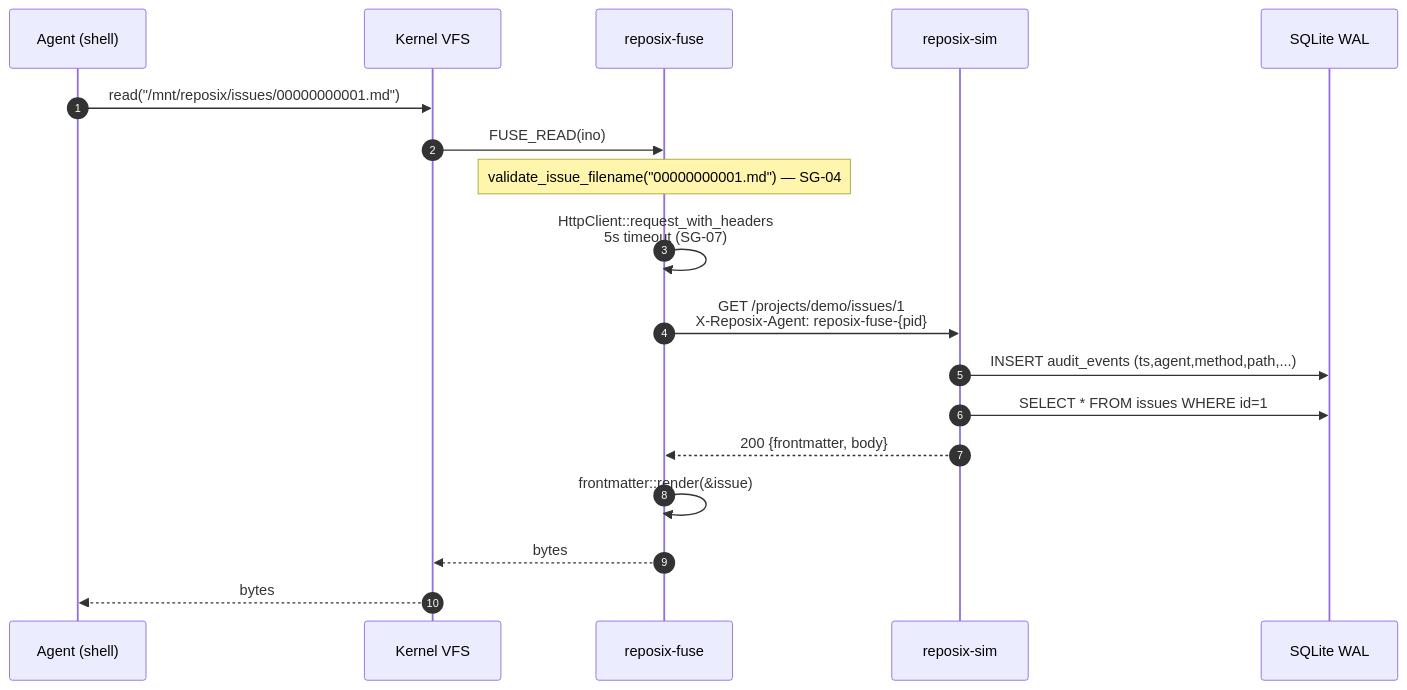
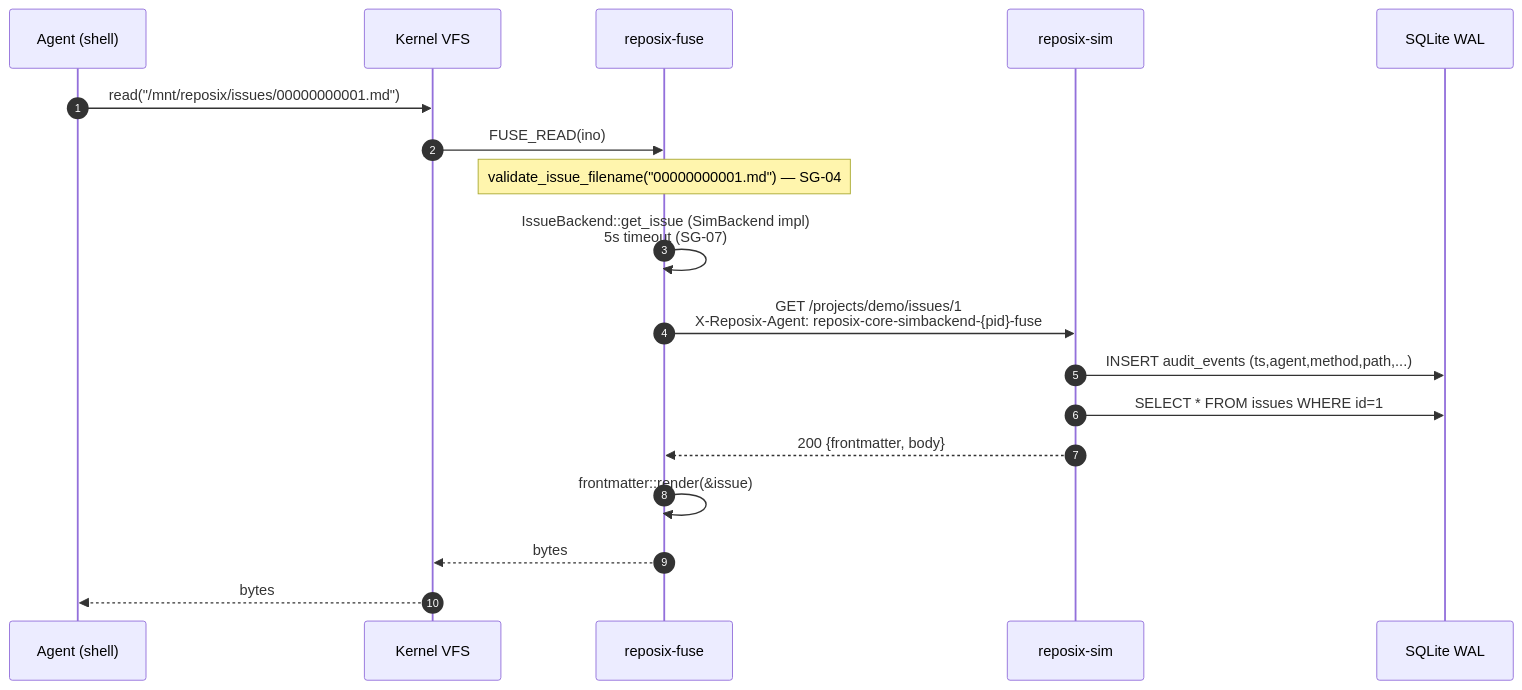
Before and after one commit to reubenjohn/reposix: the third of 7 diagrams in docs/architecture.md, drawn with Mermaid. The commit also changed other lines of this file and 4 other files, not shown here.

````diff
--- a/docs/architecture.md
+++ b/docs/architecture.md
@@ -84,20 +84,20 @@
 ```mermaid
 sequenceDiagram
   autonumber
   participant A as Agent (shell)
   participant K as Kernel VFS
   participant F as reposix-fuse
   participant S as reposix-sim
   participant D as SQLite WAL
   A->>K: read("/mnt/reposix/issues/00000000001.md")
   K->>F: FUSE_READ(ino)
   Note over F: validate_issue_filename("00000000001.md") — SG-04
-  F->>F: HttpClient::request_with_headers<br/>5s timeout (SG-07)
-  F->>S: GET /projects/demo/issues/1<br/>X-Reposix-Agent: reposix-fuse-{pid}
+  F->>F: IssueBackend::get_issue (SimBackend impl)<br/>5s timeout (SG-07)
+  F->>S: GET /projects/demo/issues/1<br/>X-Reposix-Agent: reposix-core-simbackend-{pid}-fuse
   S->>D: INSERT audit_events (ts,agent,method,path,...)
   S->>D: SELECT * FROM issues WHERE id=1
   S-->>F: 200 {frontmatter, body}
   F->>F: frontmatter::render(&issue)
   F-->>K: bytes
   K-->>A: bytes
 ```
````
